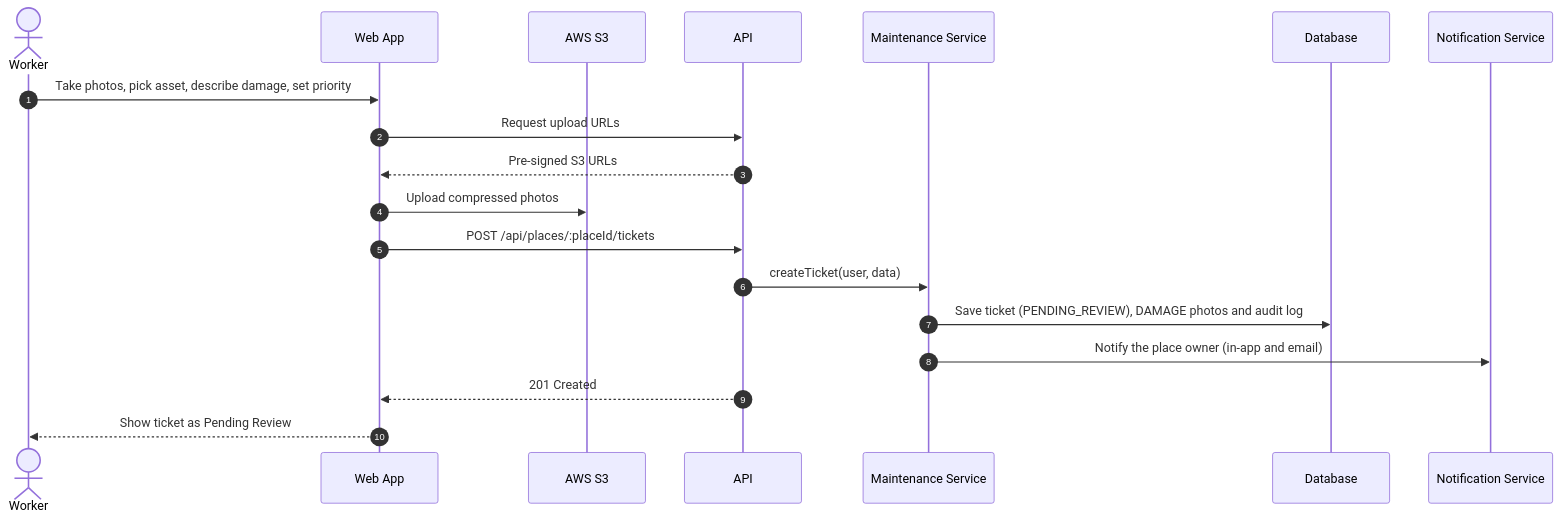
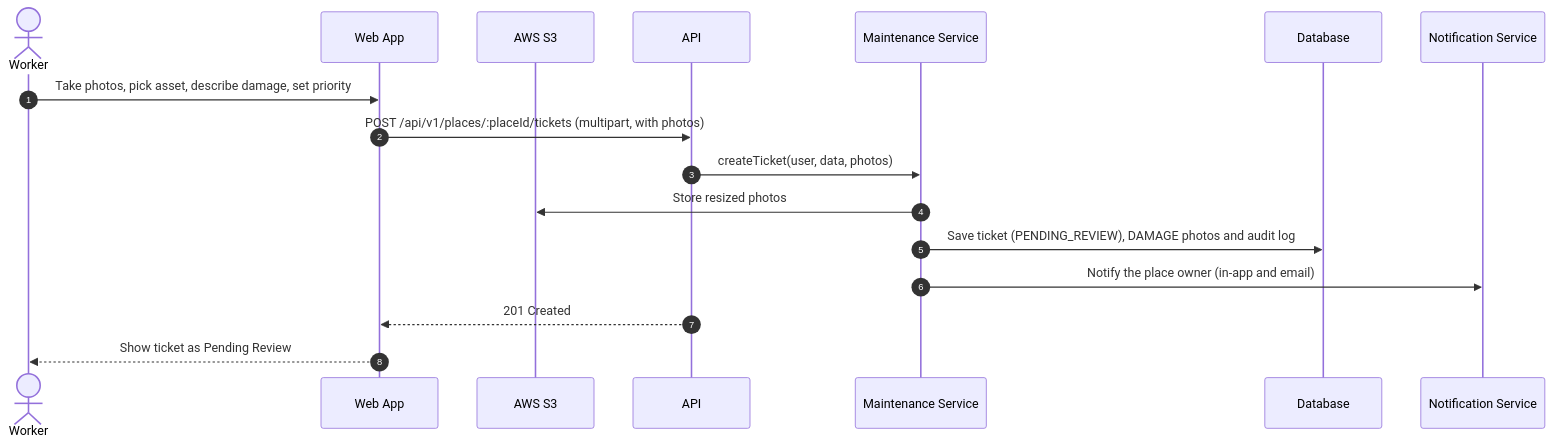
Before and after one commit to Abdulrahman-Wadani/Amlak: the sixth of 8 diagrams in Stage-3/README.md, drawn with Mermaid. The commit also changed other lines of this file, not shown here.

First line of the commit message:
Refine README with updated roles and user stories

````diff
--- a/Stage-3/README.md
+++ b/Stage-3/README.md
@@ -983,22 +978,20 @@
 ```mermaid
 sequenceDiagram
     autonumber
     actor W as Worker
     participant App as Web App
     participant S3 as AWS S3
     participant API as API
     participant MS as Maintenance Service
     participant DB as Database
     participant NS as Notification Service
 
     W->>App: Take photos, pick asset, describe damage, set priority
-    App->>API: Request upload URLs
-    API-->>App: Pre-signed S3 URLs
-    App->>S3: Upload compressed photos
-    App->>API: POST /api/places/:placeId/tickets
-    API->>MS: createTicket(user, data)
+    App->>API: POST /api/v1/places/:placeId/tickets (multipart, with photos)
+    API->>MS: createTicket(user, data, photos)
+    MS->>S3: Store resized photos
     MS->>DB: Save ticket (PENDING_REVIEW), DAMAGE photos and audit log
     MS->>NS: Notify the place owner (in-app and email)
     API-->>App: 201 Created
     App-->>W: Show ticket as Pending Review
 ```
````
